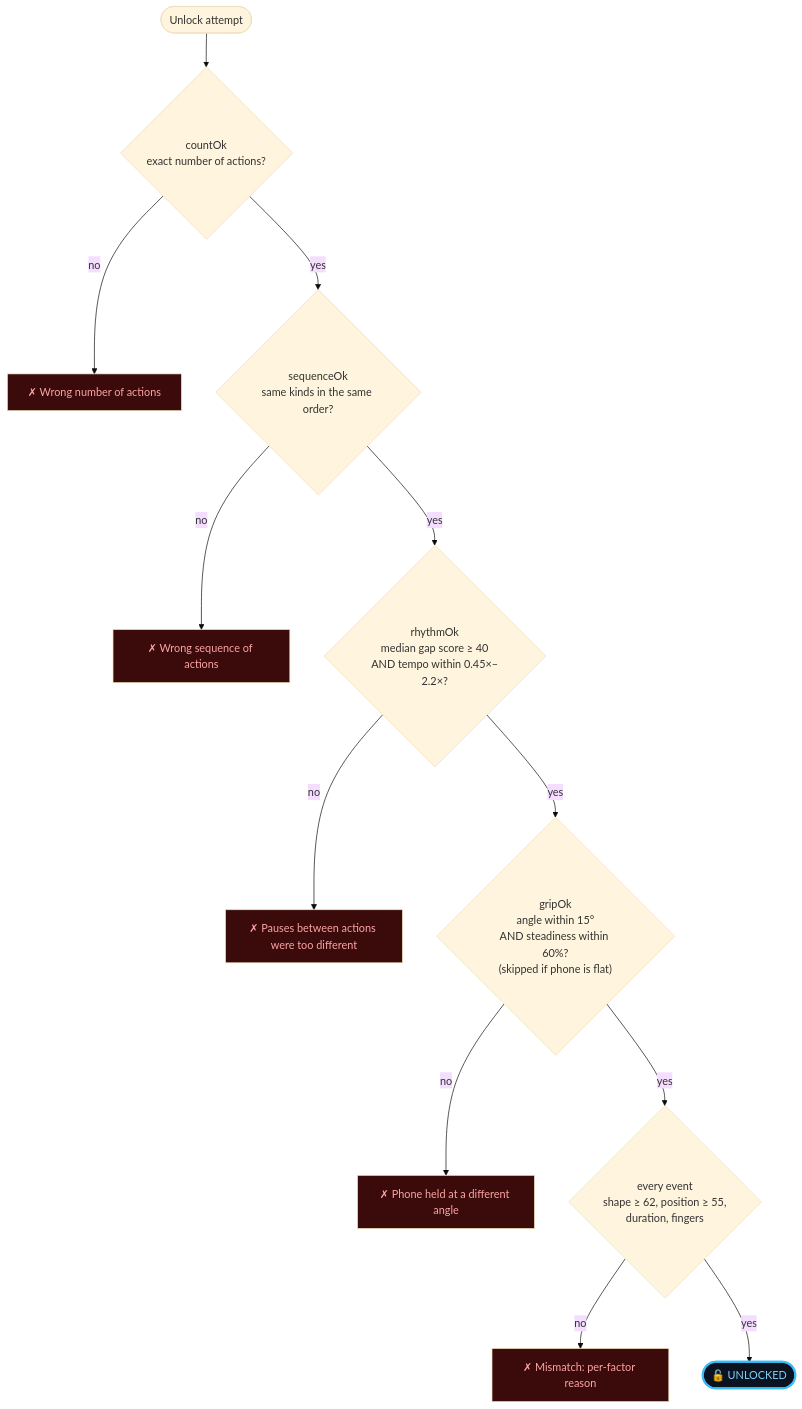
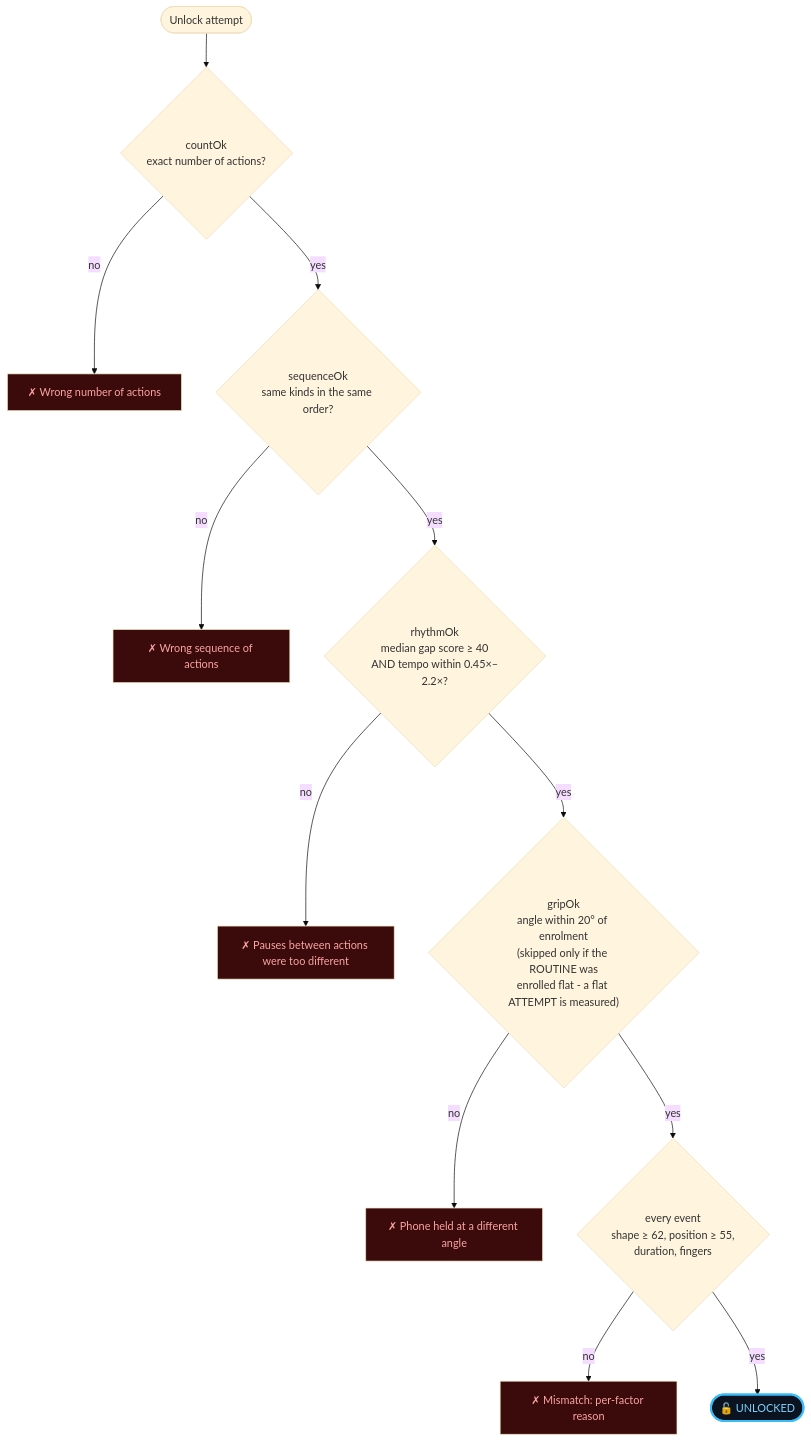
Before and after one commit to MITHUNMITS/behavioral-lock: the sixth of 11 diagrams in README.md, drawn with Mermaid (base theme). The commit also changed other lines of this file, not shown here.

First line of the commit message:
README: document the flat-phone asymmetry and the measured thresholds

````diff
--- a/README.md
+++ b/README.md
@@ -262,20 +262,20 @@
 ```mermaid
 flowchart TD
     START(["Unlock attempt"]) --> C{"countOk<br/>exact number of actions?"}
     C -->|no| F1["✗ Wrong number of actions"]
     C -->|yes| S{"sequenceOk<br/>same kinds in the same order?"}
     S -->|no| F2["✗ Wrong sequence of actions"]
     S -->|yes| R{"rhythmOk<br/>median gap score ≥ 40<br/>AND tempo within 0.45×–2.2×?"}
     R -->|no| F3["✗ Pauses between actions were too different"]
-    R -->|yes| G{"gripOk<br/>angle within 15°<br/>AND steadiness within 60%?<br/>(skipped if phone is flat)"}
+    R -->|yes| G{"gripOk<br/>angle within 20° of enrolment<br/>(skipped only if the ROUTINE was<br/>enrolled flat - a flat ATTEMPT is measured)"}
     G -->|no| F4["✗ Phone held at a different angle"]
     G -->|yes| E{"every event<br/>shape ≥ 62, position ≥ 55,<br/>duration, fingers"}
     E -->|no| F5["✗ Mismatch: per-factor reason"]
     E -->|yes| OK(["🔓 UNLOCKED"])
     style OK fill:#0B1220,color:#7DD3FC,stroke:#38BDF8,stroke-width:3px
     style F1 fill:#3B0A0A,color:#FCA5A5
     style F2 fill:#3B0A0A,color:#FCA5A5
     style F3 fill:#3B0A0A,color:#FCA5A5
     style F4 fill:#3B0A0A,color:#FCA5A5
     style F5 fill:#3B0A0A,color:#FCA5A5
 ```
````
